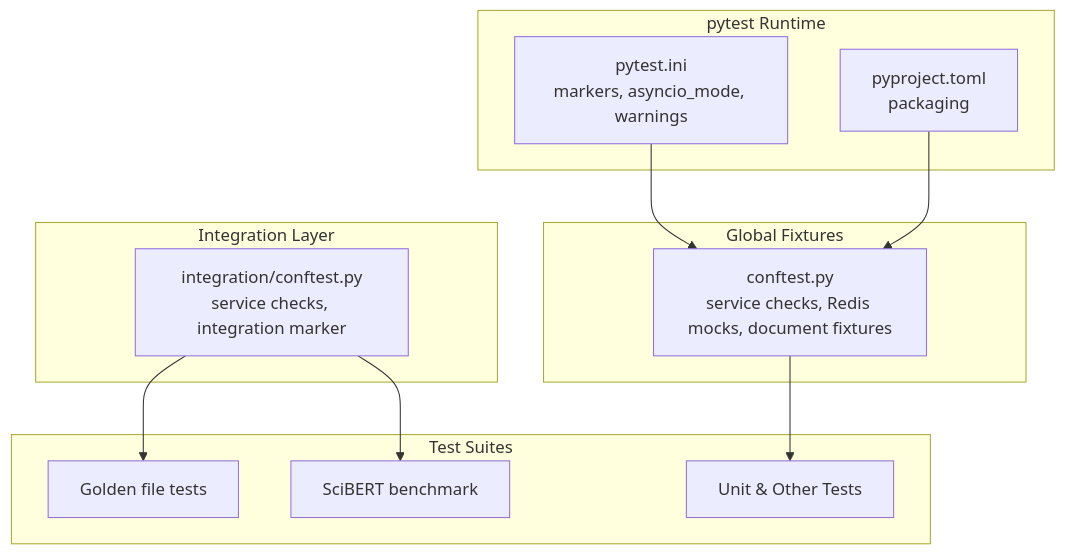
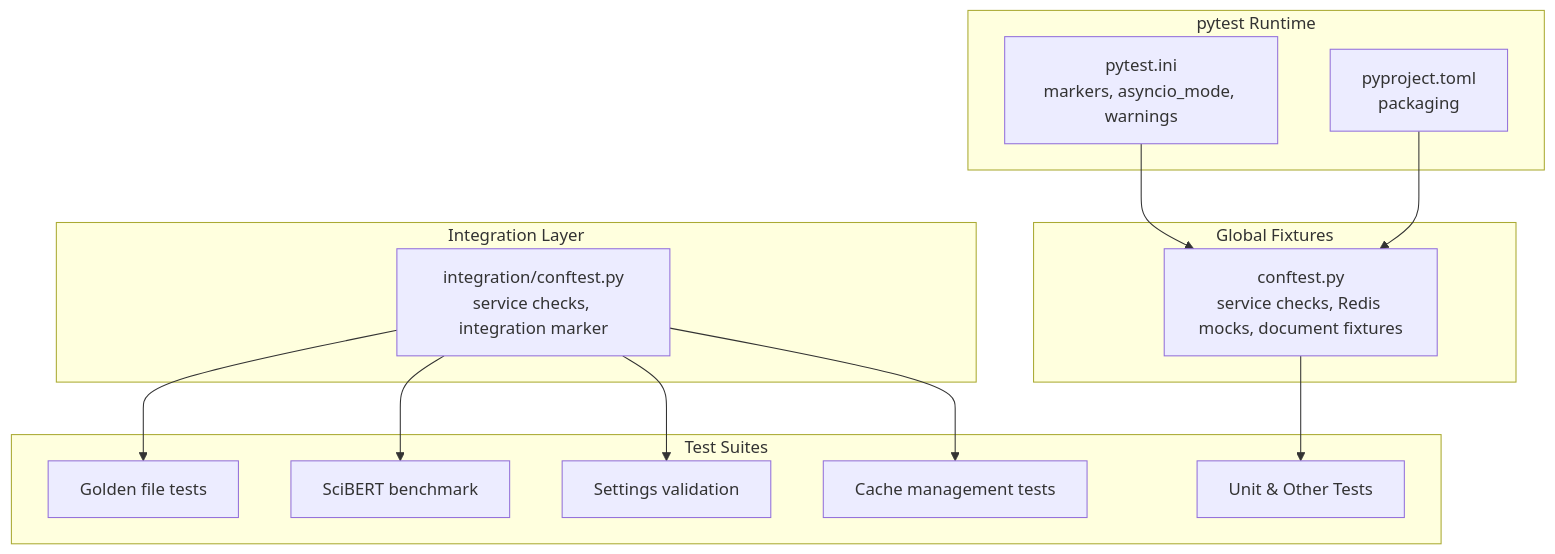
Before and after one commit to rohitkumarnaidu/-Auto-AI-Automated-Academic-Docx-Manuscript-Formatter: the second of 8 diagrams in .qoder/repowiki/en/content/Testing Strategy/Backend Testing/Backend Testing.md, drawn with Mermaid. The commit also changed other lines of this file and 5 other files, not shown here.

````diff
--- a/.qoder/repowiki/en/content/Testing Strategy/Backend Testing/Backend Testing.md
+++ b/.qoder/repowiki/en/content/Testing Strategy/Backend Testing/Backend Testing.md
@@ -92,23 +113,27 @@
 ```mermaid
 graph TB
 subgraph "pytest Runtime"
 P1["pytest.ini<br/>markers, asyncio_mode, warnings"]
 P2["pyproject.toml<br/>packaging"]
 end
 subgraph "Global Fixtures"
 F1["conftest.py<br/>service checks, Redis mocks, document fixtures"]
 end
 subgraph "Integration Layer"
 I1["integration/conftest.py<br/>service checks, integration marker"]
 end
 subgraph "Test Suites"
 T1["Golden file tests"]
 T2["SciBERT benchmark"]
-T3["Unit & Other Tests"]
+T3["Settings validation"]
+T4["Cache management tests"]
+T5["Unit & Other Tests"]
 end
 P1 --> F1
 P2 --> F1
-F1 --> T3
+F1 --> T5
 I1 --> T1
 I1 --> T2
+I1 --> T3
+I1 --> T4
 ```
````
